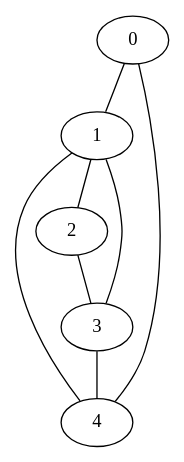
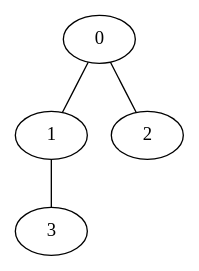
The diagram in viz/graph.dot (TMPkl/combOpt), drawn with Graphviz before and after one commit. The commit also changed 6 other files, not shown here.

```diff
--- a/viz/graph.dot
+++ b/viz/graph.dot
@@ -1,9 +1,5 @@
 graph Clique {
     0 -- 1;
-    0 -- 4;
-    1 -- 2;
+    0 -- 2;
     1 -- 3;
-    1 -- 4;
-    2 -- 3;
-    3 -- 4;
-}
+    }
```
